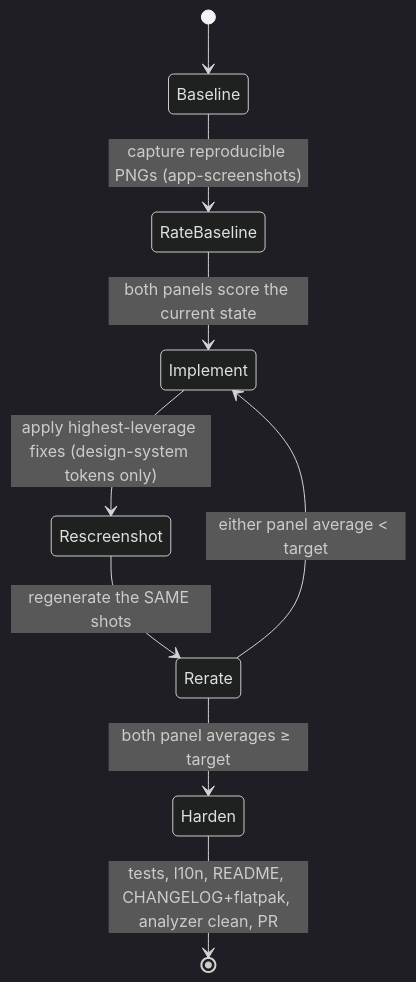
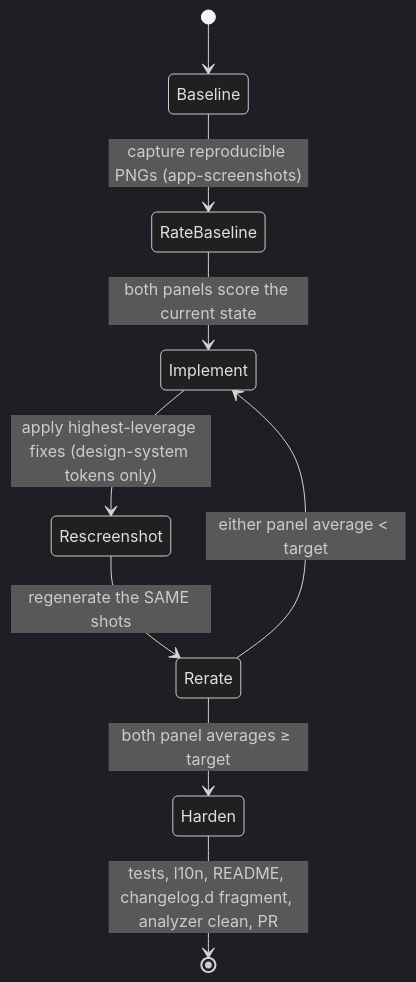
Before and after one commit to matthiasn/lotti: the diagram in .claude/skills/design-review-panel/SKILL.md, drawn with Mermaid (dark theme). The commit also changed other lines of this file and 10 other files, not shown here.

````diff
--- a/.claude/skills/design-review-panel/SKILL.md
+++ b/.claude/skills/design-review-panel/SKILL.md
@@ -20,11 +20,11 @@
 ```mermaid
 stateDiagram-v2
     [*] --> Baseline
     Baseline --> RateBaseline: capture reproducible PNGs (app-screenshots)
     RateBaseline --> Implement: both panels score the current state
     Implement --> Rescreenshot: apply highest-leverage fixes (design-system tokens only)
     Rescreenshot --> Rerate: regenerate the SAME shots
     Rerate --> Implement: either panel average < target
     Rerate --> Harden: both panel averages ≥ target
-    Harden --> [*]: tests, l10n, README, CHANGELOG+flatpak, analyzer clean, PR
+    Harden --> [*]: tests, l10n, README, changelog.d fragment, analyzer clean, PR
 ```
````
